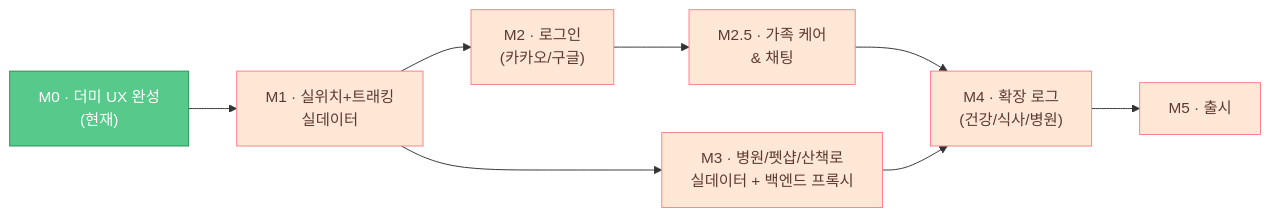
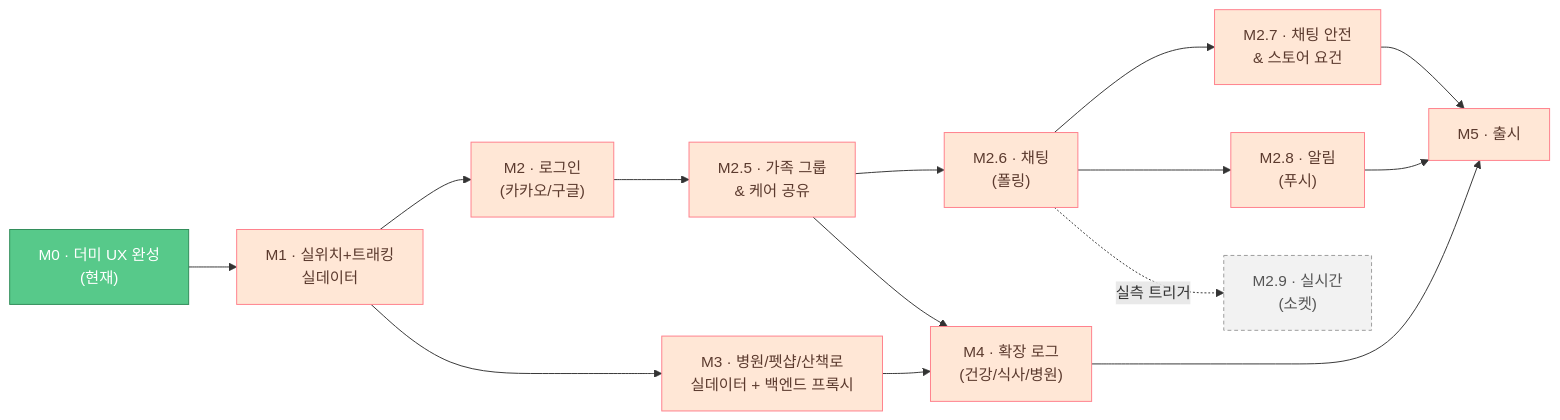
Before and after one commit to sanghyunbang/pawloop: the diagram in docs/05-build/roadmap.md, drawn with Mermaid. The commit also changed other lines of this file and 8 other files, not shown here.

````diff
--- a/docs/05-build/roadmap.md
+++ b/docs/05-build/roadmap.md
@@ -189,15 +289,23 @@
 ```mermaid
 flowchart LR
     M0["M0 · 더미 UX 완성<br/>(현재)"] --> M1["M1 · 실위치+트래킹<br/>실데이터"]
     M1 --> M2["M2 · 로그인<br/>(카카오/구글)"]
     M1 --> M3["M3 · 병원/펫샵/산책로<br/>실데이터 + 백엔드 프록시"]
-    M2 --> M25["M2.5 · 가족 케어<br/>& 채팅"]
+    M2 --> M25["M2.5 · 가족 그룹<br/>& 케어 공유"]
+    M25 --> M26["M2.6 · 채팅<br/>(폴링)"]
+    M26 --> M27["M2.7 · 채팅 안전<br/>& 스토어 요건"]
+    M26 --> M28["M2.8 · 알림<br/>(푸시)"]
+    M26 -.실측 트리거.-> M29["M2.9 · 실시간<br/>(소켓)"]
     M25 --> M4["M4 · 확장 로그<br/>(건강/식사/병원)"]
     M3 --> M4
     M4 --> M5["M5 · 출시"]
+    M27 --> M5
+    M28 --> M5
 
     classDef done fill:#57C98A,stroke:#2E8B57,color:#fff;
     classDef todo fill:#FFE7D6,stroke:#FF7E8A,color:#5b3a2e;
+    classDef gated fill:#F2F2F2,stroke:#9A9A9A,color:#555,stroke-dasharray: 4 3;
     class M0 done;
-    class M1,M2,M25,M3,M4,M5 todo;
+    class M1,M2,M25,M26,M27,M28,M3,M4,M5 todo;
+    class M29 gated;
 ```
````
